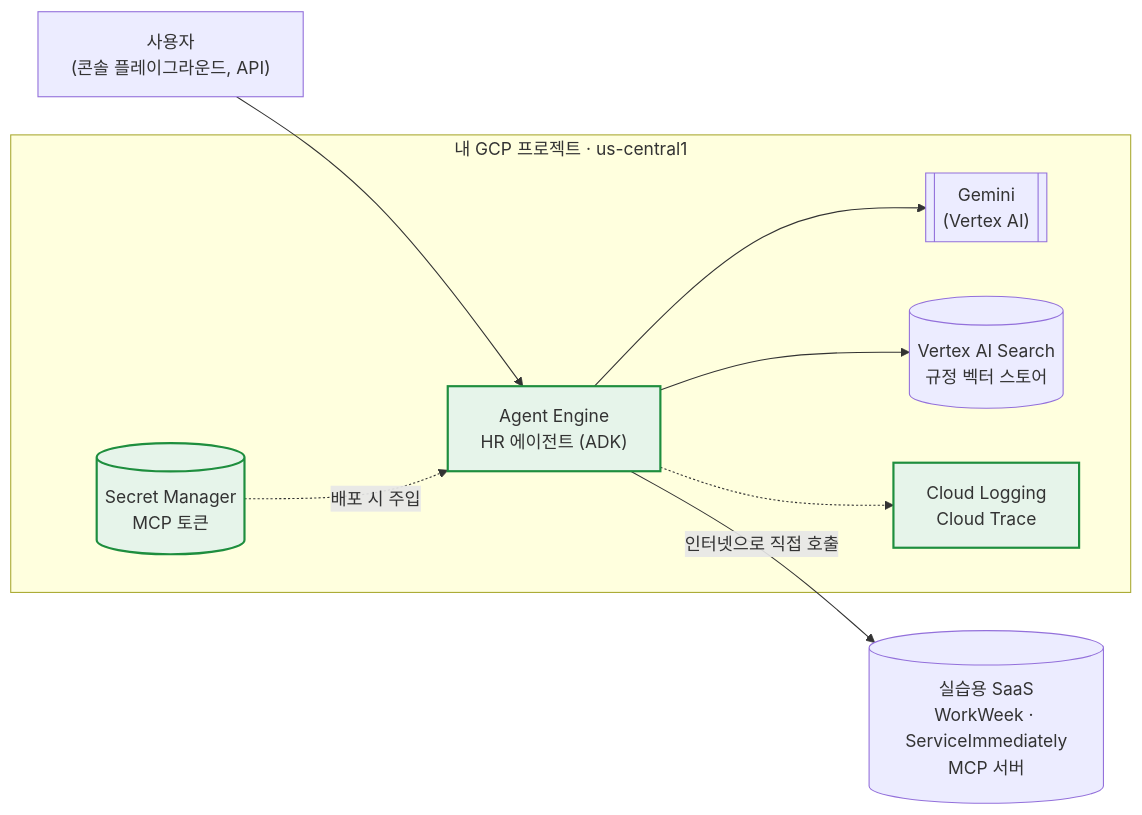
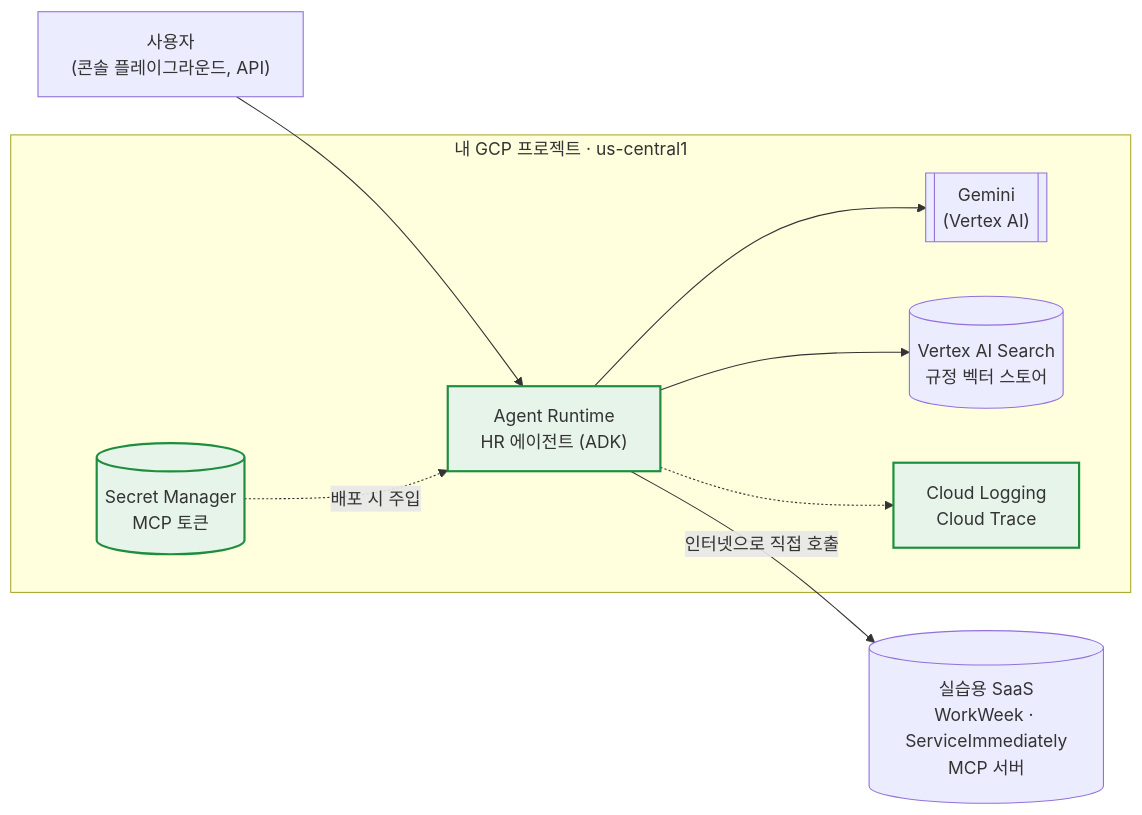
Before and after one commit to p219116/track3-2: the third of 6 diagrams in README.md, drawn with Mermaid. The commit also changed other lines of this file, not shown here.

Commit message:
docs: Agent Engine 명칭을 Agent Runtime으로 통일

````diff
--- a/README.md
+++ b/README.md
@@ -206,18 +202,18 @@
 ```mermaid
 flowchart LR
     U["사용자<br/>(콘솔 플레이그라운드, API)"] --> AR
     subgraph GCP["내 GCP 프로젝트 · us-central1"]
-        AR["Agent Engine<br/>HR 에이전트 (ADK)"]
+        AR["Agent Runtime<br/>HR 에이전트 (ADK)"]
         SM[("Secret Manager<br/>MCP 토큰")]
         GEM[["Gemini<br/>(Vertex AI)"]]
         VS[("Vertex AI Search<br/>규정 벡터 스토어")]
         OBS["Cloud Logging<br/>Cloud Trace"]
         SM -. 배포 시 주입 .-> AR
         AR --> GEM
         AR --> VS
         AR -.-> OBS
     end
     AR -- "인터넷으로 직접 호출" --> MCP[("실습용 SaaS<br/>WorkWeek · ServiceImmediately<br/>MCP 서버")]
     classDef new fill:#e6f4ea,stroke:#1e8e3e,stroke-width:2px;
     class AR,SM,OBS new
 ```
````
